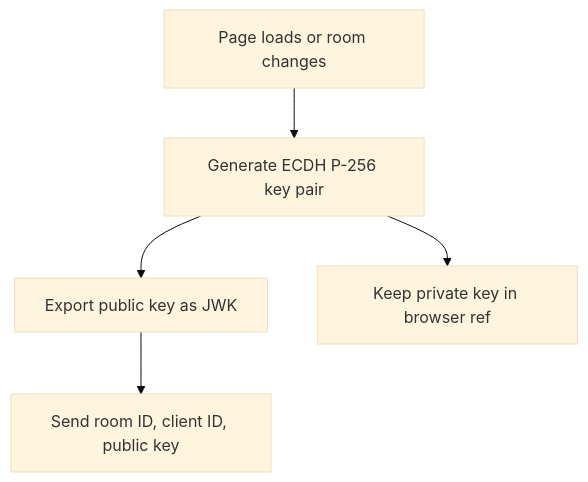
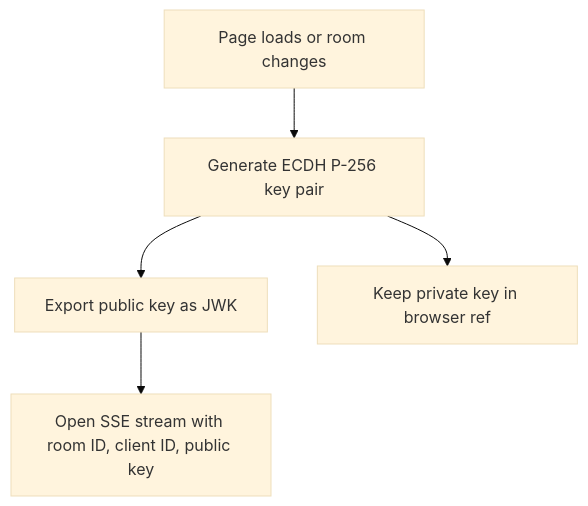
The first of 4 diagrams in docs/encryption-flow.md (matthewlovestocode/e2echat), drawn with Mermaid (base theme) before and after one commit. The commit also changed other lines of this file and 19 other files, not shown here.

````diff
--- a/docs/encryption-flow.md
+++ b/docs/encryption-flow.md
@@ -22,11 +22,11 @@
 ```mermaid
 flowchart TD
   load["Page loads or room changes"]
   generate["Generate ECDH P-256 key pair"]
   export["Export public key as JWK"]
   keep["Keep private key in browser ref"]
-  join["Send room ID, client ID, public key"]
+  join["Open SSE stream with room ID, client ID, public key"]
 
   load --> generate --> export --> join
   generate --> keep
 ```
````
